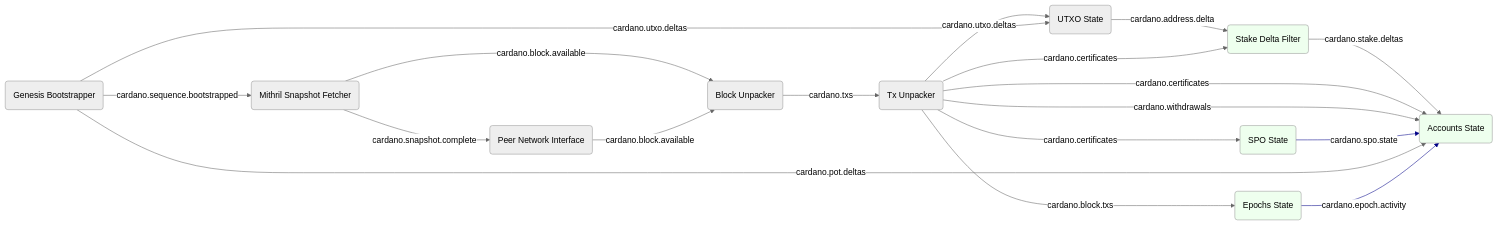
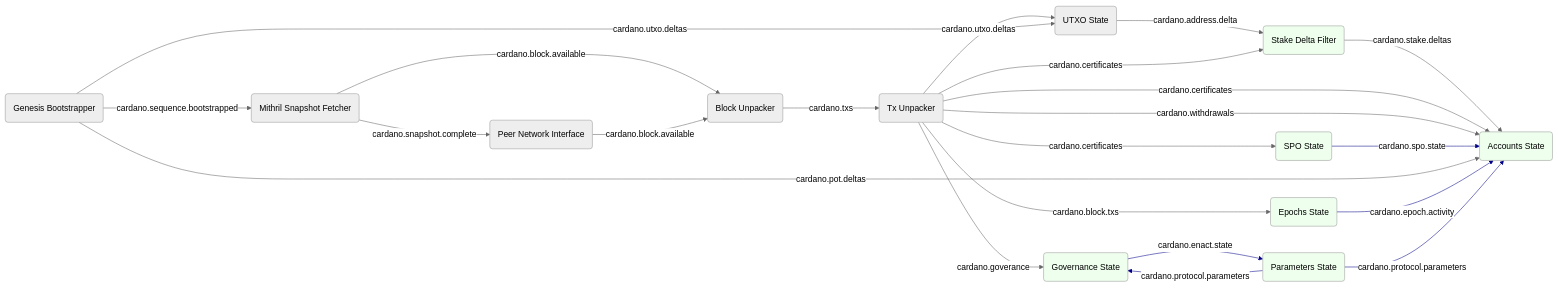
One commit to input-output-hk/acropolis changed the diagram in docs/architecture/system-bootstrap-and-sync-with-basic-ledger.md. Above: the diagram before and after it, drawn with Mermaid (neutral theme). The commit also changed other lines of this file and 5 other files, not shown here.

````diff
--- a/docs/architecture/system-bootstrap-and-sync-with-basic-ledger.md
+++ b/docs/architecture/system-bootstrap-and-sync-with-basic-ledger.md
@@ -16,52 +16,65 @@
 ```mermaid
 flowchart LR
   GEN(Genesis Bootstrapper)
   MSF(Mithril Snapshot Fetcher)
   PNI(Peer Network Interface)
   BU(Block Unpacker)
   TXU(Tx Unpacker)
   UTXO(UTXO State)
   SPO(SPO State)
   ES(Epochs State)
   AC(Accounts State)
   SDF(Stake Delta Filter)
+  PARAM(Parameters State)
+  GOV(Governance State)
 
   GEN -- cardano.sequence.bootstrapped --> MSF
   MSF -- cardano.block.available --> BU
   MSF -- cardano.snapshot.complete --> PNI
   PNI -- cardano.block.available --> BU
   BU  -- cardano.txs --> TXU
   TXU -- cardano.utxo.deltas --> UTXO
   GEN -- cardano.utxo.deltas --> UTXO
   UTXO -- cardano.address.delta --> SDF
   SDF  -- cardano.stake.deltas --> AC
   TXU  -- cardano.certificates --> SDF
   TXU  -- cardano.certificates --> SPO
   TXU  -- cardano.certificates --> AC
   TXU  -- cardano.withdrawals --> AC
+  TXU  -- cardano.goverance --> GOV
   SPO  SPO_AC@-- cardano.spo.state --> AC
   GEN  -- cardano.pot.deltas --> AC
   TXU  -- cardano.block.txs --> ES
   ES   ES_AC@-- cardano.epoch.activity --> AC
+  PARAM PARAM_GOV@-- cardano.protocol.parameters --> GOV
+  PARAM PARAM_AC@-- cardano.protocol.parameters --> AC
+  GOV   GOV_PARAM@ -- cardano.enact.state --> PARAM
 
   click GEN "https://github.com/input-output-hk/acropolis/tree/main/modules/genesis_bootstrapper/"
   click MSF "https://github.com/input-output-hk/acropolis/tree/main/modules/mithril_snapshot_fetcher/"
   click PNI "https://github.com/input-output-hk/acropolis/tree/main/modules/peer_network_interface/"
   click BU "https://github.com/input-output-hk/acropolis/tree/main/modules/block_unpacker/"
   click TXU "https://github.com/input-output-hk/acropolis/tree/main/modules/tx_unpacker/"
   click UTXO "https://github.com/input-output-hk/acropolis/tree/main/modules/utxo_state/"
   click SPO "https://github.com/input-output-hk/acropolis/tree/main/modules/spo_state/"
   click ES "https://github.com/input-output-hk/acropolis/tree/main/modules/epochs_state/"
   click AC "https://github.com/input-output-hk/acropolis/tree/main/modules/accounts_state/"
   click SDF "https://github.com/input-output-hk/acropolis/tree/main/modules/stake_delta_filter/"
+  click PARAM "https://github.com/input-output-hk/acropolis/tree/main/modules/parameters_state/"
+  click GOV "https://github.com/input-output-hk/acropolis/tree/main/modules/governance_state/"
 
   classDef NEW fill:#efe
   class SPO NEW
   class ES NEW
   class AC NEW
   class SDF NEW
+  class PARAM NEW
+  class GOV NEW
 
   classDef EPOCH stroke:#008
   class SPO_AC EPOCH
   class ES_AC EPOCH
+  class PARAM_GOV EPOCH
+  class PARAM_AC EPOCH
+  class GOV_PARAM EPOCH
 ```
````
